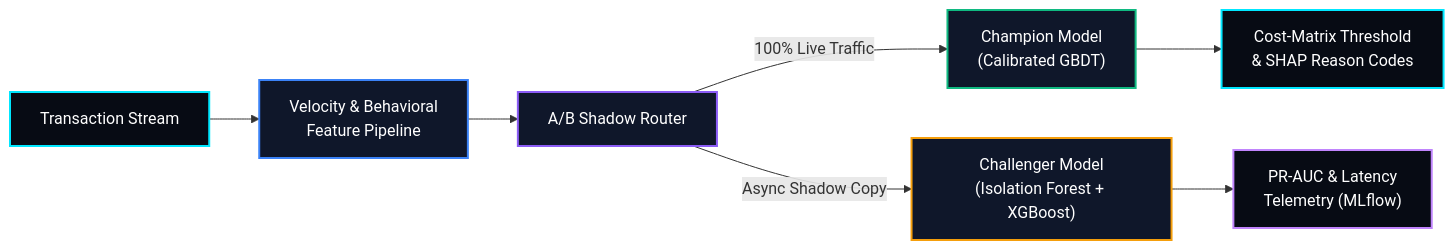
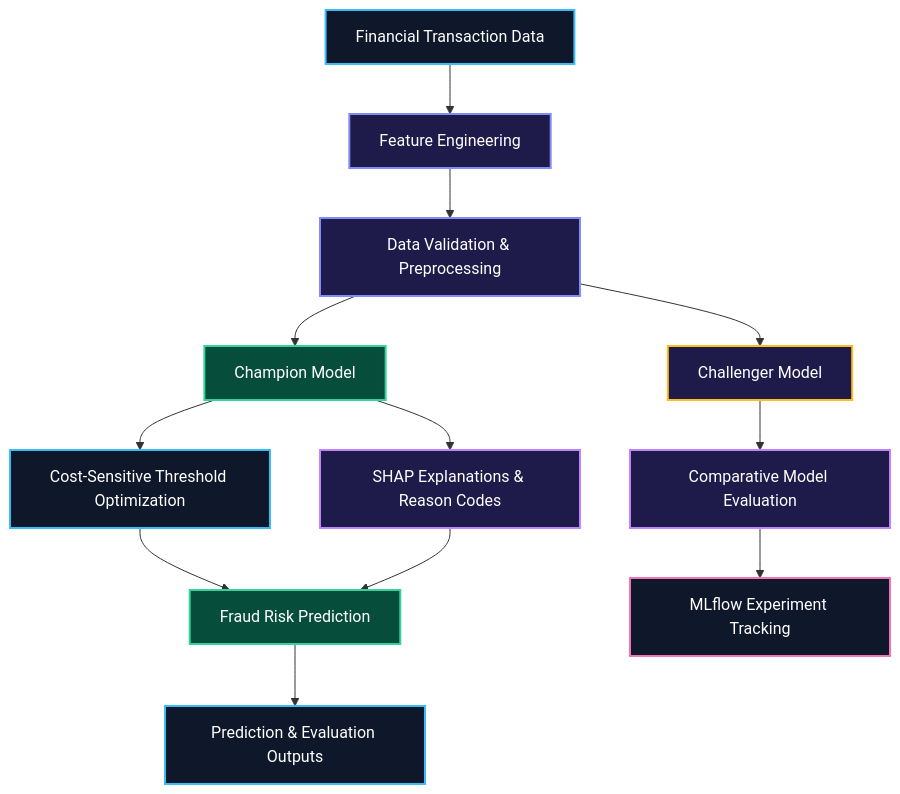
The diagram in README.md (Aditya70-creator/FraudLens), drawn with Mermaid before and after one commit. The commit also changed other lines of this file, not shown here.

````diff
--- a/README.md
+++ b/README.md
@@ -13,19 +45,26 @@
 ```mermaid
-flowchart LR
-    Tx["Transaction Stream"] --> FE["Velocity & Behavioral<br/>Feature Pipeline"]
-    FE --> Router["A/B Shadow Router"]
+flowchart TD
+    A["Financial Transaction Data"] --> B["Feature Engineering"]
+    B --> C["Data Validation & Preprocessing"]
+    C --> D["Champion Model"]
+    C --> E["Challenger Model"]
+    D --> F["Cost-Sensitive Threshold Optimization"]
+    D --> G["SHAP Explanations & Reason Codes"]
+    E --> H["Comparative Model Evaluation"]
+    F --> I["Fraud Risk Prediction"]
+    G --> I
+    H --> J["MLflow Experiment Tracking"]
+    I --> K["Prediction & Evaluation Outputs"]
 
-    Router -->|"100% Live Traffic"| Champ["Champion Model<br/>(Calibrated GBDT)"]
-    Router -->|"Async Shadow Copy"| Chall["Challenger Model<br/>(Isolation Forest + XGBoost)"]
-
-    Champ --> Cost["Cost-Matrix Threshold<br/>& SHAP Reason Codes"]
-    Chall --> Eval["PR-AUC & Latency<br/>Telemetry (MLflow)"]
-
-    style Tx fill:#070b14,stroke:#00E7FF,stroke-width:2px,color:#ffffff
-    style FE fill:#0f172a,stroke:#3B82F6,stroke-width:2px,color:#ffffff
-    style Router fill:#0f172a,stroke:#8B5CF6,stroke-width:2px,color:#ffffff
-    style Champ fill:#0f172a,stroke:#10B981,stroke-width:2px,color:#ffffff
-    style Chall fill:#0f172a,stroke:#f59e0b,stroke-width:2px,color:#ffffff
-    style Cost fill:#070b14,stroke:#00E7FF,stroke-width:2px,color:#ffffff
-    style Eval fill:#070b14,stroke:#c084fc,stroke-width:2px,color:#ffffff
+    style A fill:#0f172a,stroke:#38bdf8,stroke-width:2px,color:#ffffff
+    style B fill:#1e1b4b,stroke:#818cf8,stroke-width:2px,color:#ffffff
+    style C fill:#1e1b4b,stroke:#818cf8,stroke-width:2px,color:#ffffff
+    style D fill:#064e3b,stroke:#34d399,stroke-width:2px,color:#ffffff
+    style E fill:#1e1b4b,stroke:#fbbf24,stroke-width:2px,color:#ffffff
+    style F fill:#0f172a,stroke:#38bdf8,stroke-width:2px,color:#ffffff
+    style G fill:#1e1b4b,stroke:#c084fc,stroke-width:2px,color:#ffffff
+    style H fill:#1e1b4b,stroke:#c084fc,stroke-width:2px,color:#ffffff
+    style I fill:#064e3b,stroke:#34d399,stroke-width:2px,color:#ffffff
+    style J fill:#0f172a,stroke:#f472b6,stroke-width:2px,color:#ffffff
+    style K fill:#0f172a,stroke:#38bdf8,stroke-width:2px,color:#ffffff
 ```
````
